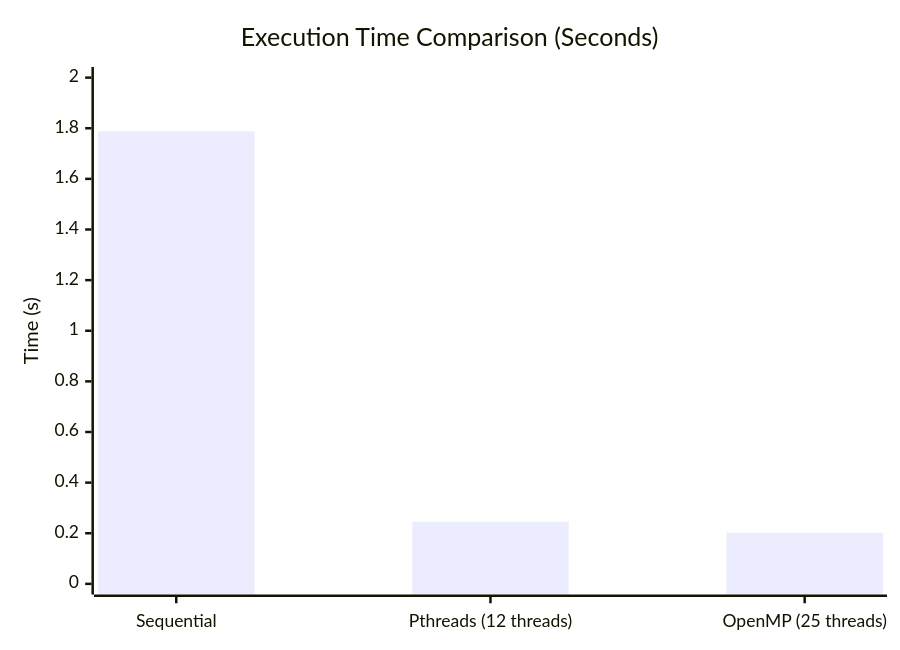
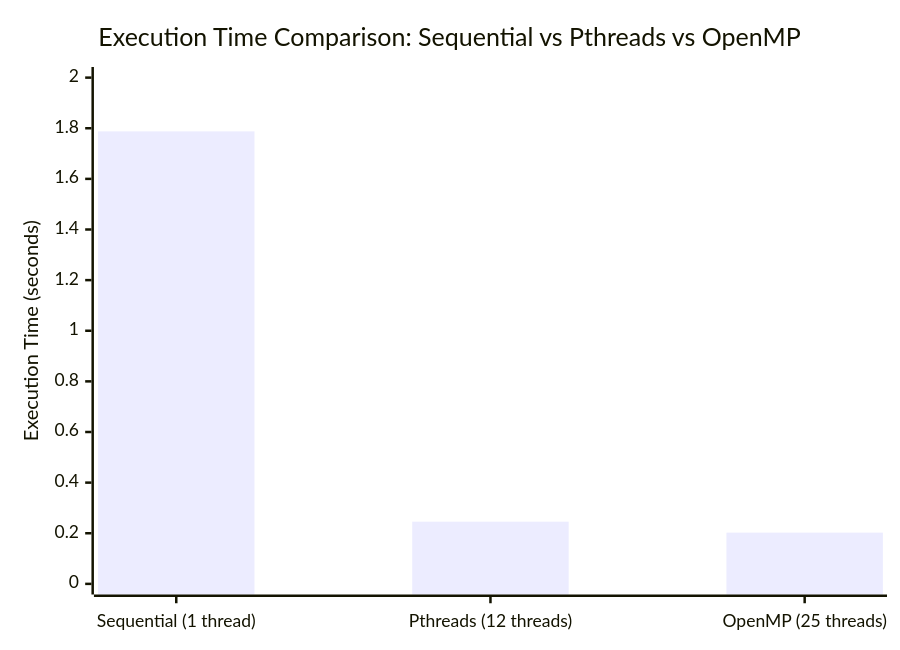
Before and after one commit to Sankalp2772/Multithreading-Pthreads-OpenMP: the diagram in Multithreading-Pthreads-OpenMP/README.md, drawn with Mermaid. The commit also changed other lines of this file, not shown here.

````diff
--- a/Multithreading-Pthreads-OpenMP/README.md
+++ b/Multithreading-Pthreads-OpenMP/README.md
@@ -64,7 +505,7 @@
 ```mermaid
 xychart-beta
-    title "Execution Time Comparison (Seconds)"
-    x-axis ["Sequential", "Pthreads (12 threads)", "OpenMP (25 threads)"]
-    y-axis "Time (s)" 0.0 --> 2.0
+    title "Execution Time Comparison: Sequential vs Pthreads vs OpenMP"
+    x-axis ["Sequential (1 thread)", "Pthreads (12 threads)", "OpenMP (25 threads)"]
+    y-axis "Execution Time (seconds)" 0.0 --> 2.0
     bar [1.787701, 0.245800, 0.202376]
 ```
````
